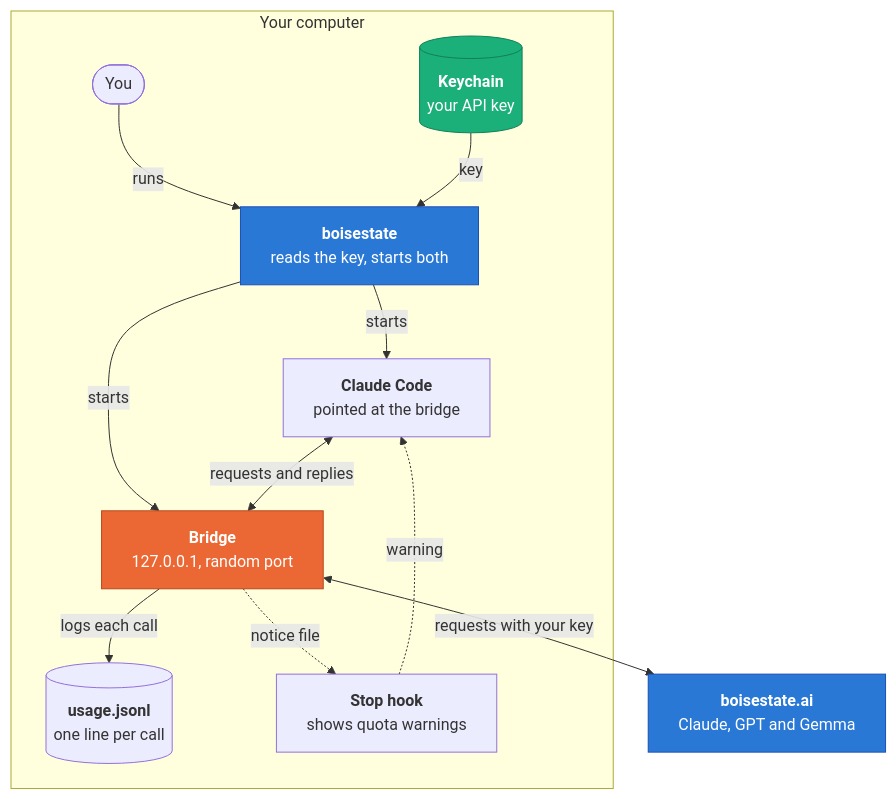
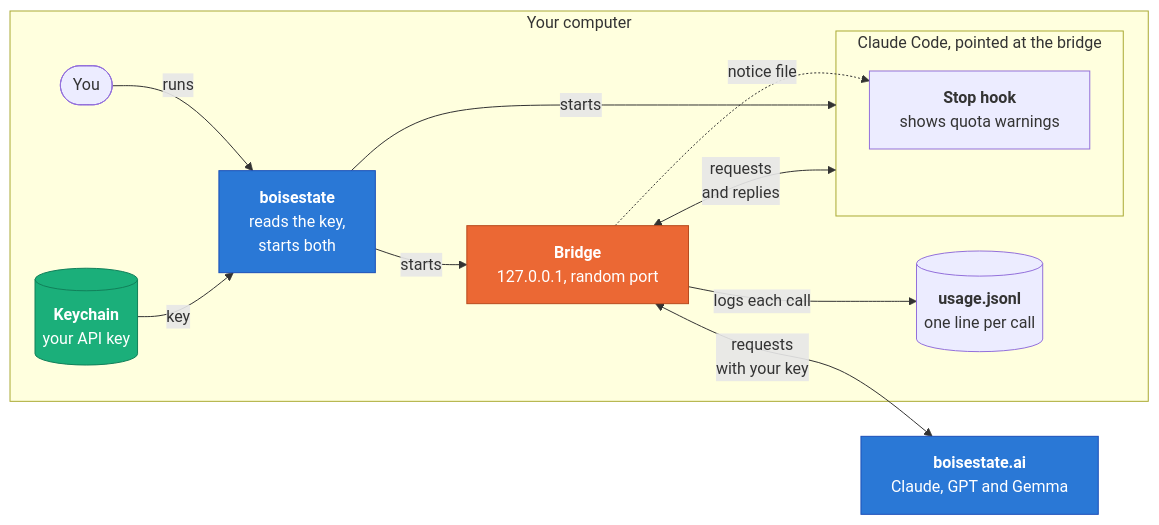
Before and after one commit to shanep/boisestate.ai: the first of 5 diagrams in docs/how-it-works.md, drawn with Mermaid.

Commit message:
Lay out the big picture diagram left to right

````diff
--- a/docs/how-it-works.md
+++ b/docs/how-it-works.md
@@ -32,29 +32,29 @@
 ```mermaid
-flowchart TB
+flowchart LR
   subgraph computer["Your computer"]
     you(["You"])
-    launcher["<b>boisestate</b><br/>reads the key, starts both"]
     keychain[("<b>Keychain</b><br/>your API key")]
-    claude["<b>Claude Code</b><br/>pointed at the bridge"]
+    launcher["<b>boisestate</b><br/>reads the key,<br/>starts both"]
+    subgraph claude["Claude Code, pointed at the bridge"]
+      hook["<b>Stop hook</b><br/>shows quota warnings"]
+    end
     bridge["<b>Bridge</b><br/>127.0.0.1, random port"]
     log[("<b>usage.jsonl</b><br/>one line per call")]
-    hook["<b>Stop hook</b><br/>shows quota warnings"]
     you -- runs --> launcher
     keychain -- key --> launcher
     launcher -- starts --> claude
     launcher -- starts --> bridge
-    claude <-->|"requests and replies"| bridge
+    claude <-->|"requests<br/>and replies"| bridge
     bridge -- "logs each call" --> log
     bridge -. "notice file" .-> hook
-    hook -. warning .-> claude
   end
   api["<b>boisestate.ai</b><br/>Claude, GPT and Gemma"]
-  bridge <-->|"requests with your key"| api
+  bridge <-->|"requests<br/>with your key"| api
 
   classDef blue fill:#2a78d6,stroke:#1b4fb8,color:#ffffff
   classDef orange fill:#eb6834,stroke:#b84a1d,color:#ffffff
   classDef green fill:#1baf7a,stroke:#12805a,color:#ffffff
   class launcher,api blue
   class bridge orange
   class keychain green
 ```
````
